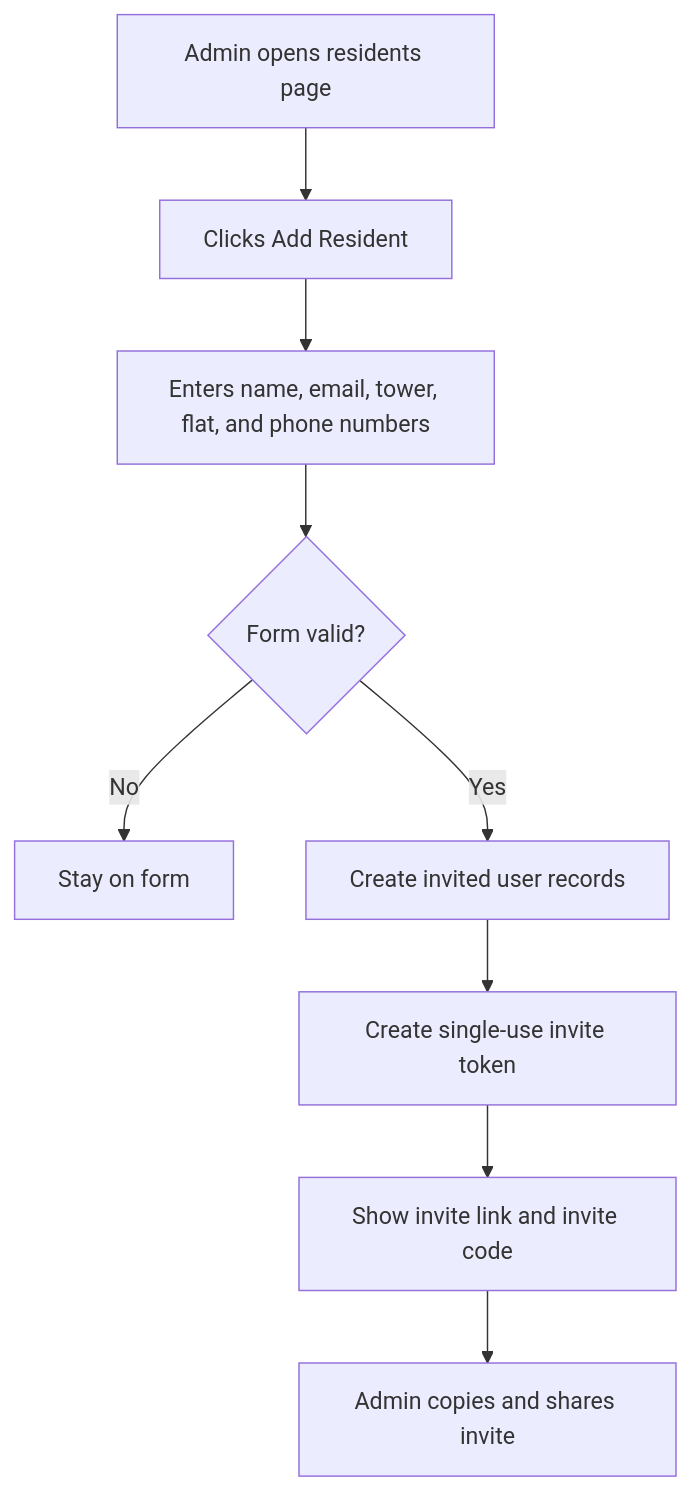
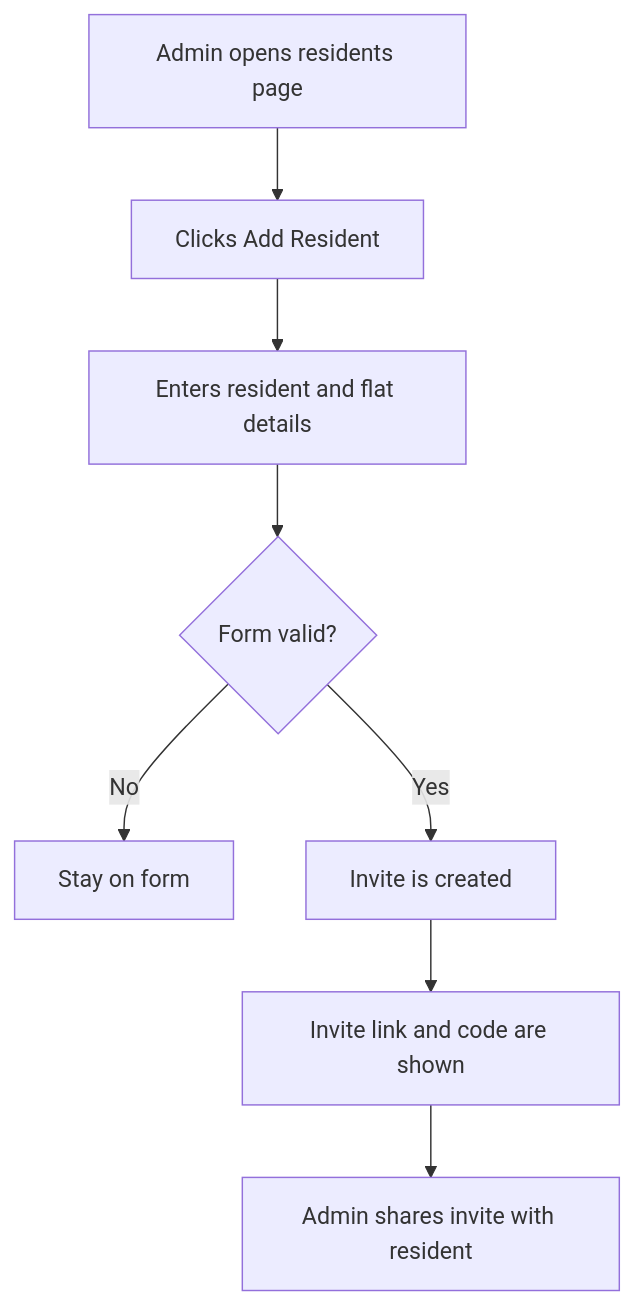
Before and after one commit to painful-bug/MAY2026-Team-035: diagram 12 of 20 in implemented_flows.md, drawn with Mermaid. The commit also changed other lines of this file, not shown here.

First line of the commit message:
Simplify flow documentation

````diff
--- a/implemented_flows.md
+++ b/implemented_flows.md
@@ -243,11 +132,10 @@
 ```mermaid
 flowchart TD
   A[Admin opens residents page] --> B[Clicks Add Resident]
-  B --> C[Enters name, email, tower, flat, and phone numbers]
+  B --> C[Enters resident and flat details]
   C --> D{Form valid?}
   D -->|No| E[Stay on form]
-  D -->|Yes| F[Create invited user records]
-  F --> G[Create single-use invite token]
-  G --> H[Show invite link and invite code]
-  H --> I[Admin copies and shares invite]
+  D -->|Yes| F[Invite is created]
+  F --> G[Invite link and code are shown]
+  G --> H[Admin shares invite with resident]
 ```
````
